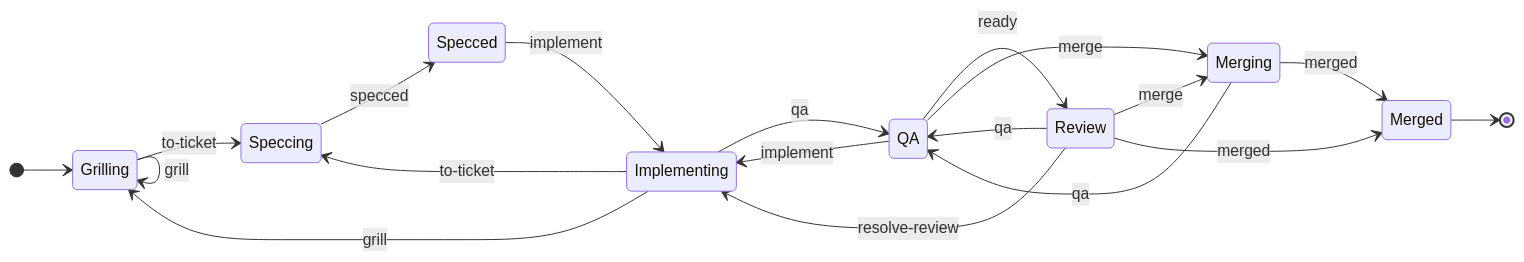
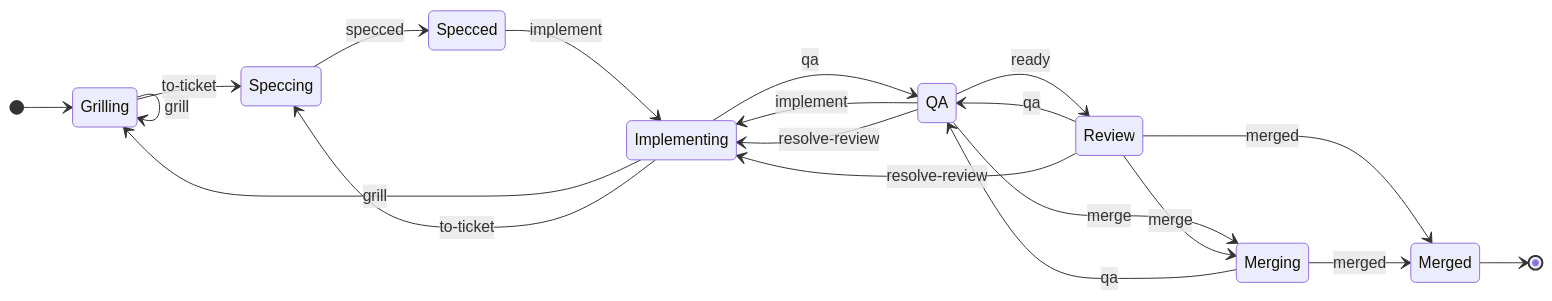
One commit to MartinBernstorff/mb-workflow changed the diagram in docs/flow.md. Above: the diagram before and after it, drawn with Mermaid. The commit also changed 3 other files, not shown here.

Commit message:
feat(flow): allow resolve-review from QA

````diff
--- a/docs/flow.md
+++ b/docs/flow.md
@@ -1,30 +1,31 @@
 ```mermaid
 stateDiagram-v2
     direction LR
     state "Grilling" as grilling
     state "Speccing" as speccing
     state "Specced" as specced
     state "Implementing" as implementing
     state "QA" as qa
     state "Review" as review
     state "Merging" as merging
     state "Merged" as merged
     [*] --> grilling
     merged --> [*]
     grilling --> grilling : grill
     grilling --> speccing : to-ticket
     speccing --> specced : specced
     specced --> implementing : implement
     implementing --> grilling : grill
     implementing --> speccing : to-ticket
     implementing --> qa : qa
     qa --> implementing : implement
     qa --> review : ready
     qa --> merging : merge
+    qa --> implementing : resolve-review
     review --> qa : qa
     review --> merging : merge
     review --> merged : merged
     review --> implementing : resolve-review
     merging --> qa : qa
     merging --> merged : merged
 ```
````
